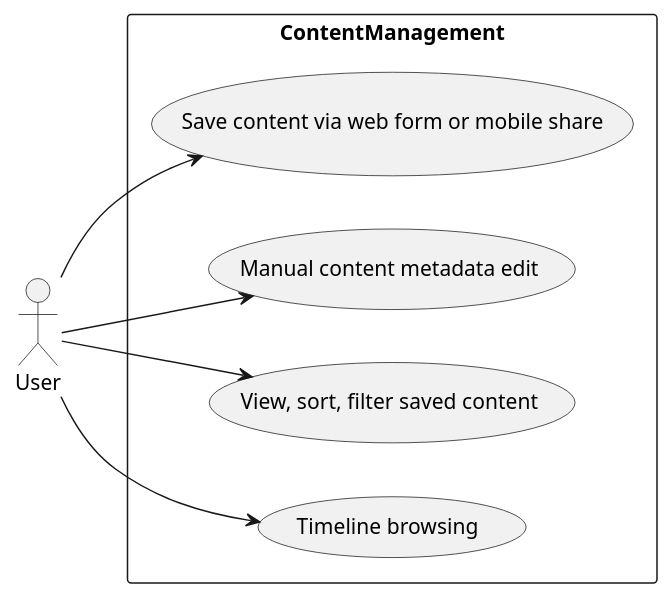
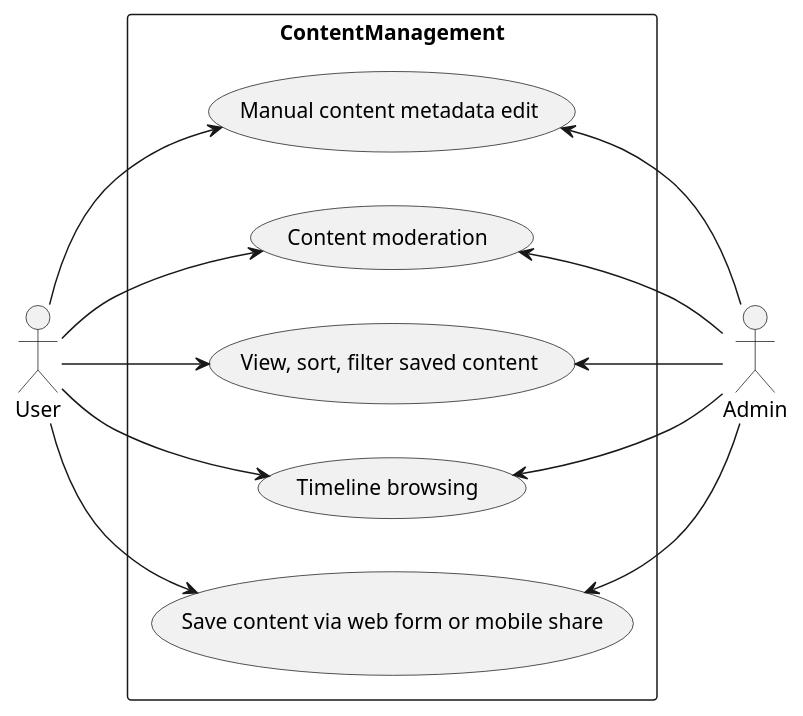
The diagram in docs/diagrams/src/usecase_contentmanagement.puml (andyegli/daysave.app), drawn with PlantUML before and after one commit. The commit also changed 15 other files, not shown here.

Commit message:
moved diagrams

```diff
--- a/docs/diagrams/src/usecase_contentmanagement.puml
+++ b/docs/diagrams/src/usecase_contentmanagement.puml
@@ -1,14 +1,29 @@
 @startuml
 left to right direction
 actor User
+actor Admin
 rectangle ContentManagement {
+  ( Manual content metadata edit )
+  ( Content moderation )
+  ( View, sort, filter saved content )
+  ( Timeline browsing )
   ( Save content via web form or mobile share )
+
+
+
+
+  User --> ( Manual content metadata edit )
+  User --> ( View, sort, filter saved content )
   User --> ( Save content via web form or mobile share )
-  ( Manual content metadata edit )
-  User --> ( Manual content metadata edit )
-  ( View, sort, filter saved content )
-  User --> ( View, sort, filter saved content )
-  ( Timeline browsing )
-  User --> ( Timeline browsing )
+  User --> ( Timeline browsing )  
+  User --> ( Content moderation )
+
+
+  ( Manual content metadata edit ) <-- Admin
+  ( Content moderation )<-- Admin
+  ( View, sort, filter saved content ) <-- Admin
+  ( Timeline browsing ) <-- Admin
+  ( Save content via web form or mobile share ) <-- Admin
+
 }
 @enduml
```
